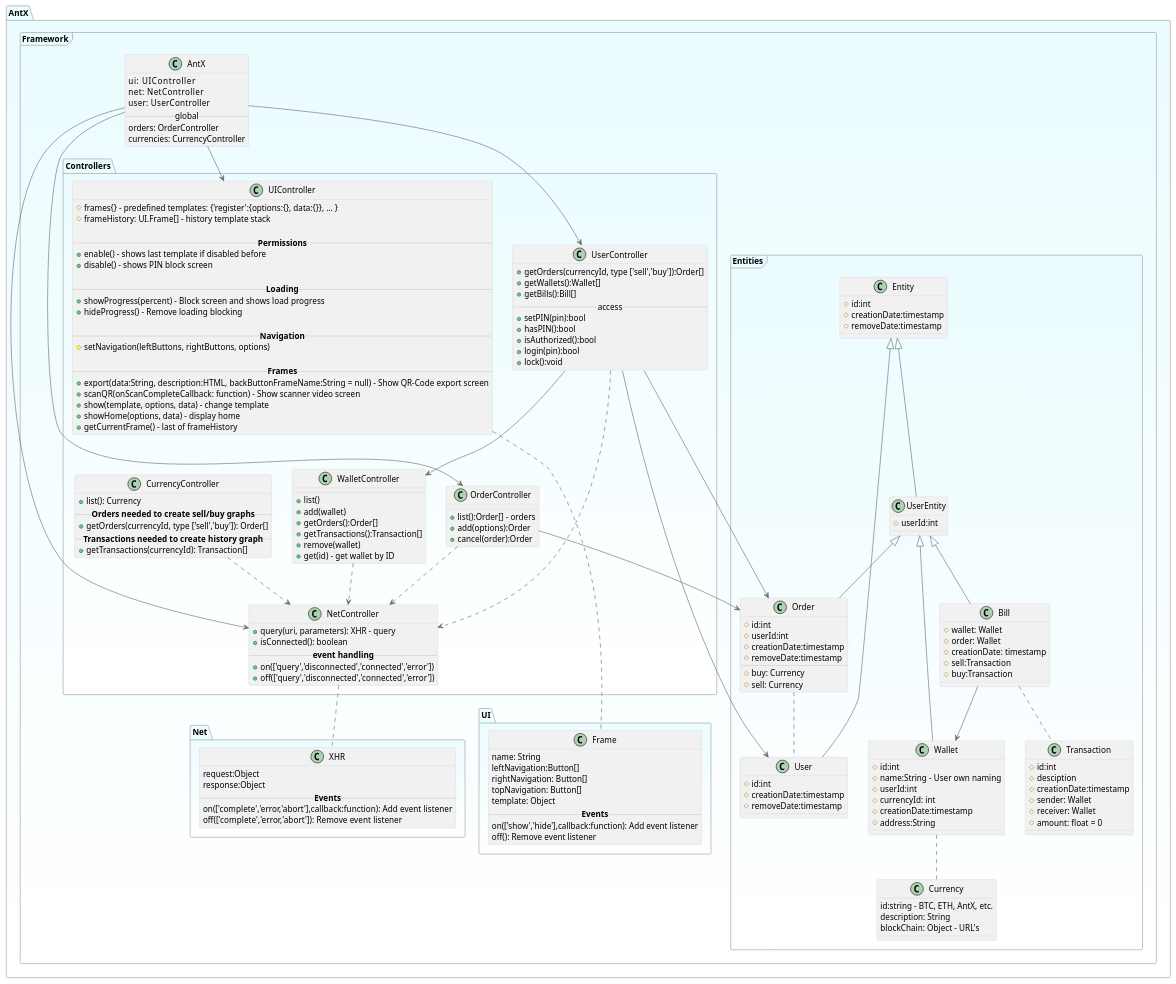
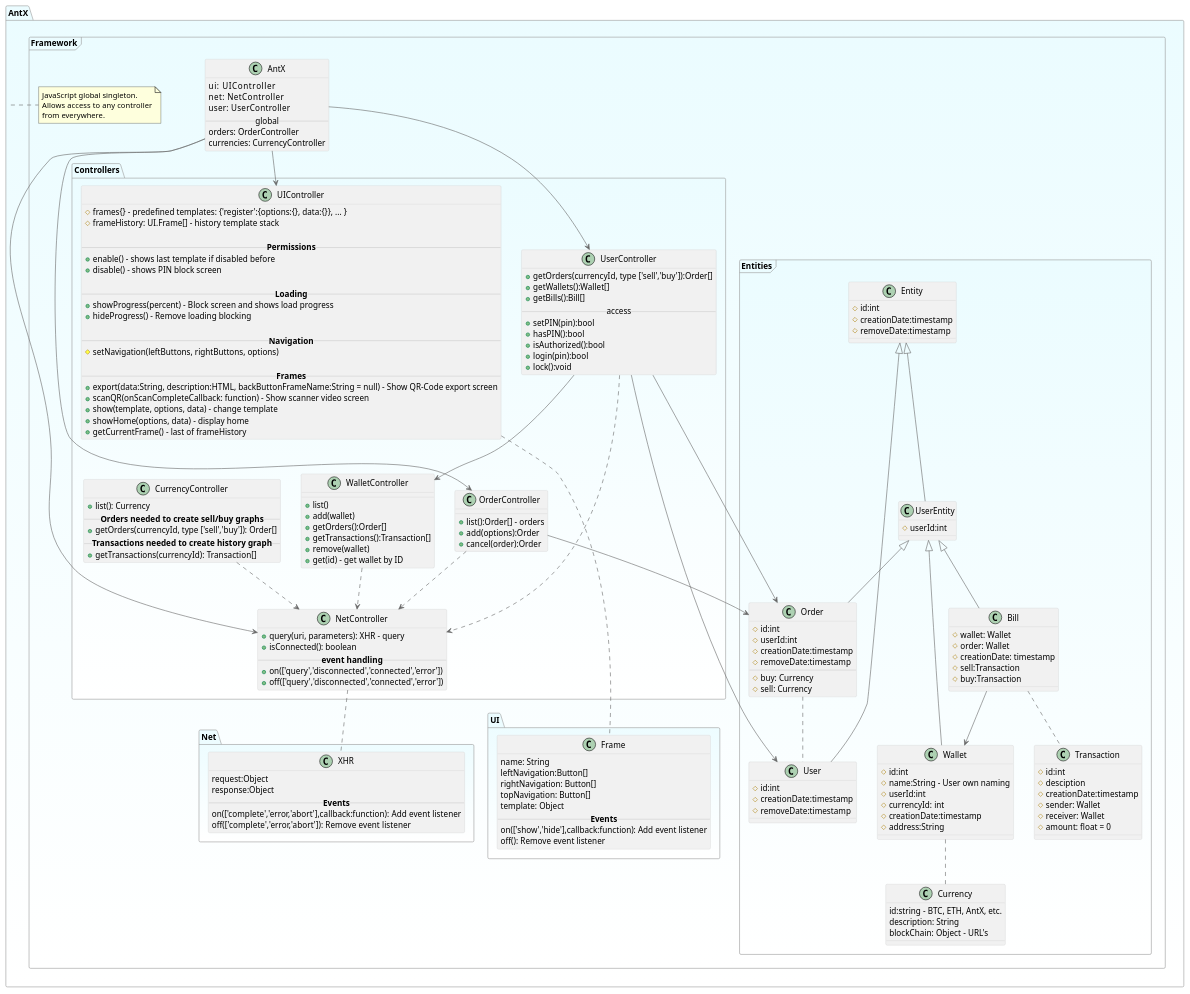
One commit to eSlider/antx-frontend changed the diagram in docs/front-end.puml. Above: the diagram before and after it, drawn with PlantUML.

Commit message:
And singleton note to front-end.puml

```diff
--- a/docs/front-end.puml
+++ b/docs/front-end.puml
@@ -197,6 +197,12 @@
  WalletController ..> NetController
 ' TransactionController --> NetController
  
+note right of AntX
+  JavaScript global singleton.
+  Allows access to  any controller
+  from everywhere.
+end note
+
  class AntX {
   ui:     UIController
   net:    NetController
```
